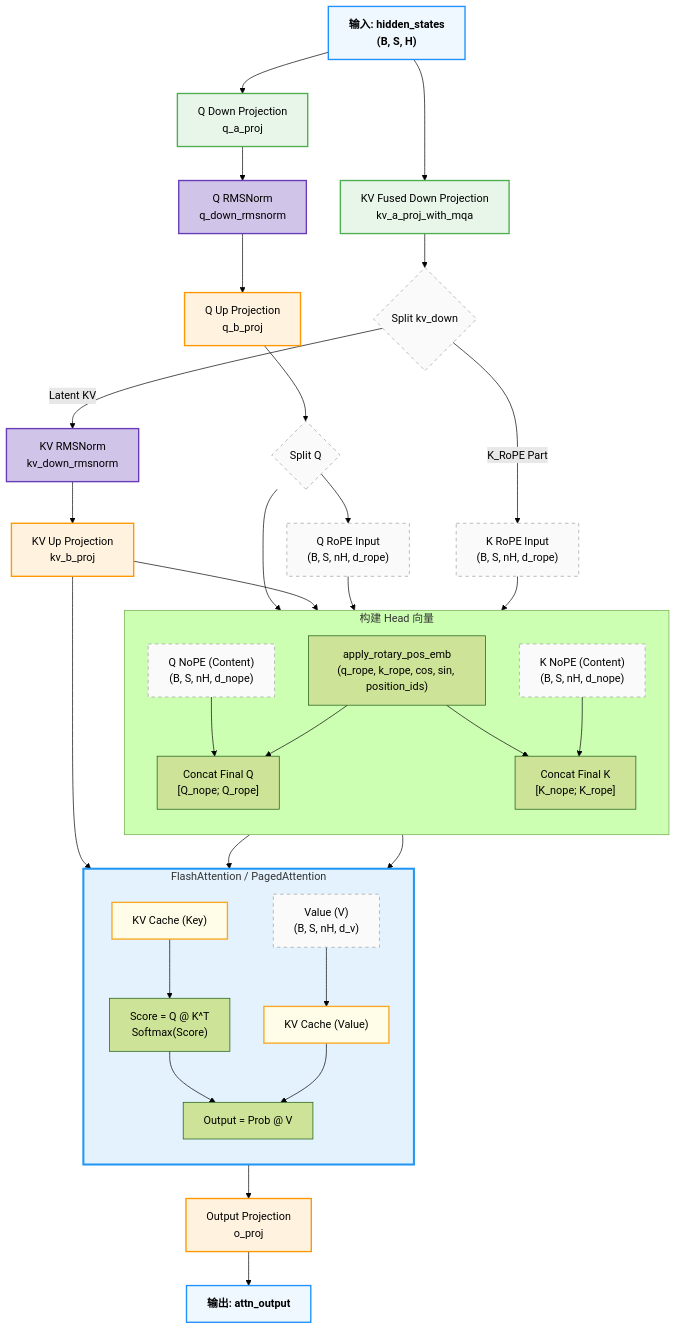
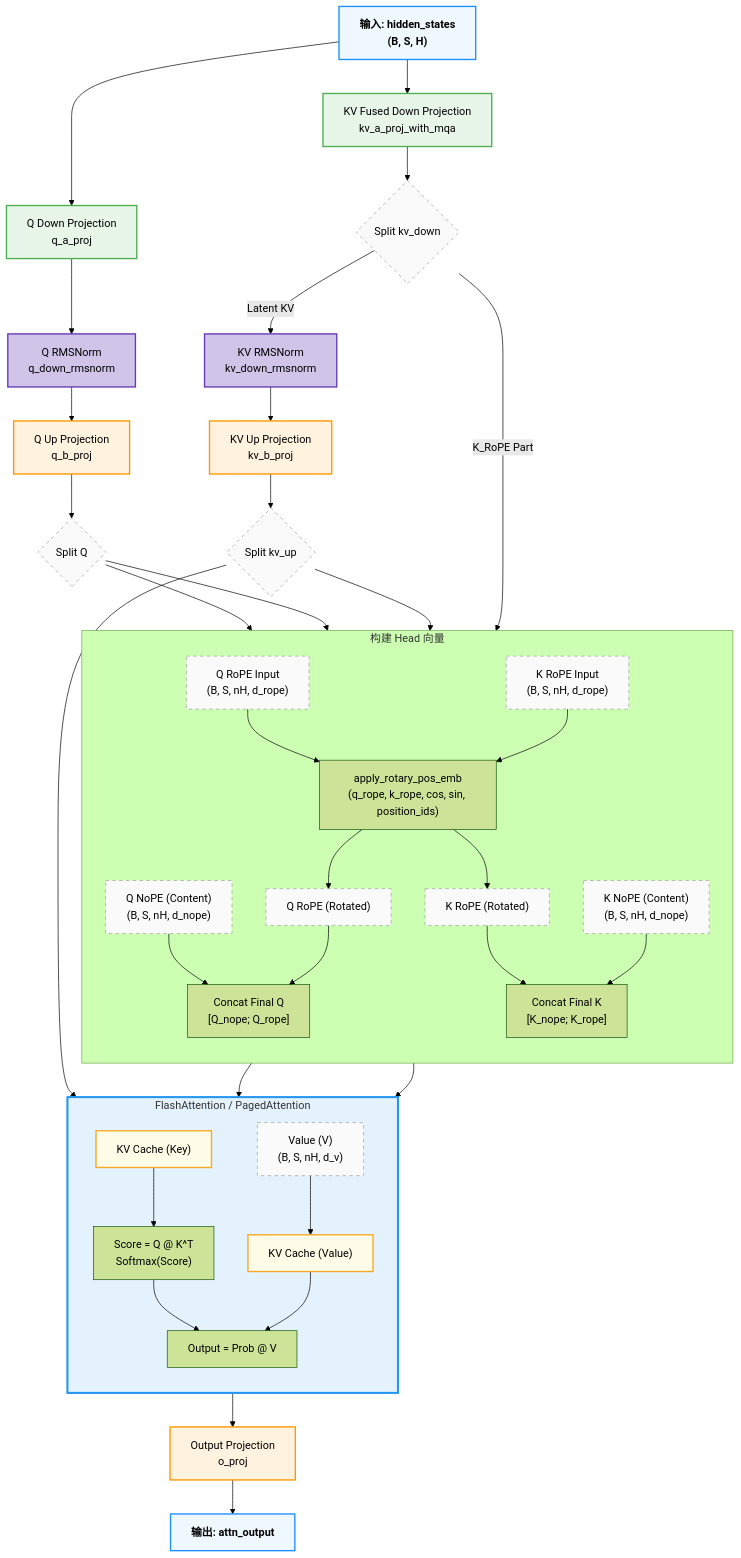
The diagram in _posts/2025-02-10-mla-code.md (harleyszhang/harleyszhang.github.io), drawn with Mermaid (forest theme) before and after one commit. The commit also changed other lines of this file and 1 other file, not shown here.

Commit message:
fix: optimize transformers mla diagram

```diff
--- a/_posts/2025-02-10-mla-code.md
+++ b/_posts/2025-02-10-mla-code.md
@@ -294,28 +294,35 @@
   %% 路径 A: Latent KV -> Norm -> Up (生成 K_NoPE 和 V)
   SplitKVDown -->|Latent KV| KVNorm["KV RMSNorm<br/>kv_down_rmsnorm"]
   KVNorm --> KVUp["KV Up Projection<br/>kv_b_proj"]
-  KVUp --> KNope["K NoPE (Content)<br/>(B, S, nH, d_nope)"]
-  KVUp --> Val["Value (V)<br/>(B, S, nH, d_v)"]
+
+  %% KV Up 输出需要再次 Split 为 K_NoPE 和 V
+  KVUp --> SplitKVUp{"Split kv_up"}
+  SplitKVUp --> KNope["K NoPE (Content)<br/>(B, S, nH, d_nope)"]
+  SplitKVUp --> Val["Value (V)<br/>(B, S, nH, d_v)"]
 
   %% 路径 B: K_RoPE (直接旁路，不经过 Latent Norm/Up)
   SplitKVDown -->|K_RoPE Part| KRotRaw["K RoPE Input<br/>(B, S, nH, d_rope)"]
-
-  %% =========================
-  %% 3. RoPE 计算
-  %% =========================
-  QRotRaw --> ApplyRoPE["apply_rotary_pos_emb\n(q_rope, k_rope, cos, sin, position_ids)"]
-  KRotRaw --> ApplyRoPE
 
   %% =========================
   %% 4. 最终合并 (Concat)
   %% =========================
   subgraph Concat_Logic ["构建 Head 向量"]
     direction TB
+    %% =========================
+    %% 3. RoPE 计算
+    %% =========================
+    QRotRaw --> ApplyRoPE["apply_rotary_pos_emb\n(q_rope, k_rope, cos, sin, position_ids)"]
+    KRotRaw --> ApplyRoPE
+
+    ApplyRoPE --> QRot["Q RoPE (Rotated)"]
+    ApplyRoPE --> KRot["K RoPE (Rotated)"]
+
     QNope --> MergeQ["Concat Final Q<br/>[Q_nope; Q_rope]"]
-    ApplyRoPE --> MergeQ
+    QRot --> MergeQ
     
+    KRot --> MergeK
     KNope --> MergeK["Concat Final K<br/>[K_nope; K_rope]"]
-    ApplyRoPE --> MergeK
+
   end
 
   %% =========================
@@ -348,7 +355,7 @@
   class QDown,KVDown downProj;
   class QNorm,KVNorm normNode;
   class QUp,KVUp,OProj upProj;
-  class SplitQ,SplitKVDown,QNope,KNope,Val,QRotRaw,KRotRaw splitNode;
+  class SplitQ,SplitKVDown,SplitKVUp,QNope,KNope,Val,QRotRaw,KRotRaw,QRot,KRot splitNode;
   class ApplyRoPE_Q,ApplyRoPE_K rope;
   class Attn_Core attnBlock;
   class KCache,VCache cache;
```
